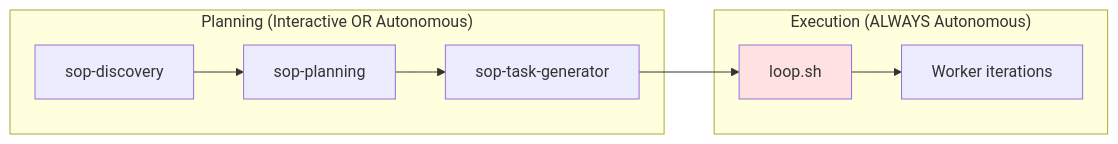
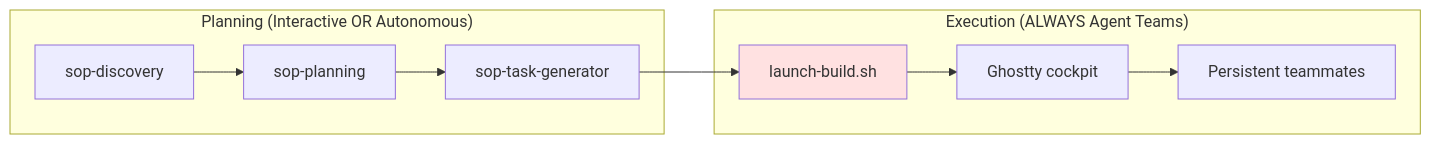
The diagram in skills/ralph-orchestrator/references/execution-paths.md (Dario-Arcos/ai-framework), drawn with Mermaid before and after one commit. The commit also changed other lines of this file and 45 other files, not shown here.

First line of the commit message:
refactor(ralph-orchestrator): migrate to Agent Teams with coordinator + sub-agent pattern

````diff
--- a/skills/ralph-orchestrator/references/execution-paths.md
+++ b/skills/ralph-orchestrator/references/execution-paths.md
@@ -189,14 +167,15 @@
 ```mermaid
 graph LR
     subgraph "Planning (Interactive OR Autonomous)"
         A[sop-discovery] --> B[sop-planning]
         B --> C[sop-task-generator]
     end
 
-    subgraph "Execution (ALWAYS Autonomous)"
-        C --> D[loop.sh]
-        D --> E[Worker iterations]
+    subgraph "Execution (ALWAYS Agent Teams)"
+        C --> D[launch-build.sh]
+        D --> E[Ghostty cockpit]
+        E --> F[Persistent teammates]
     end
 
     style D fill:#ffe1e1
 ```
````
